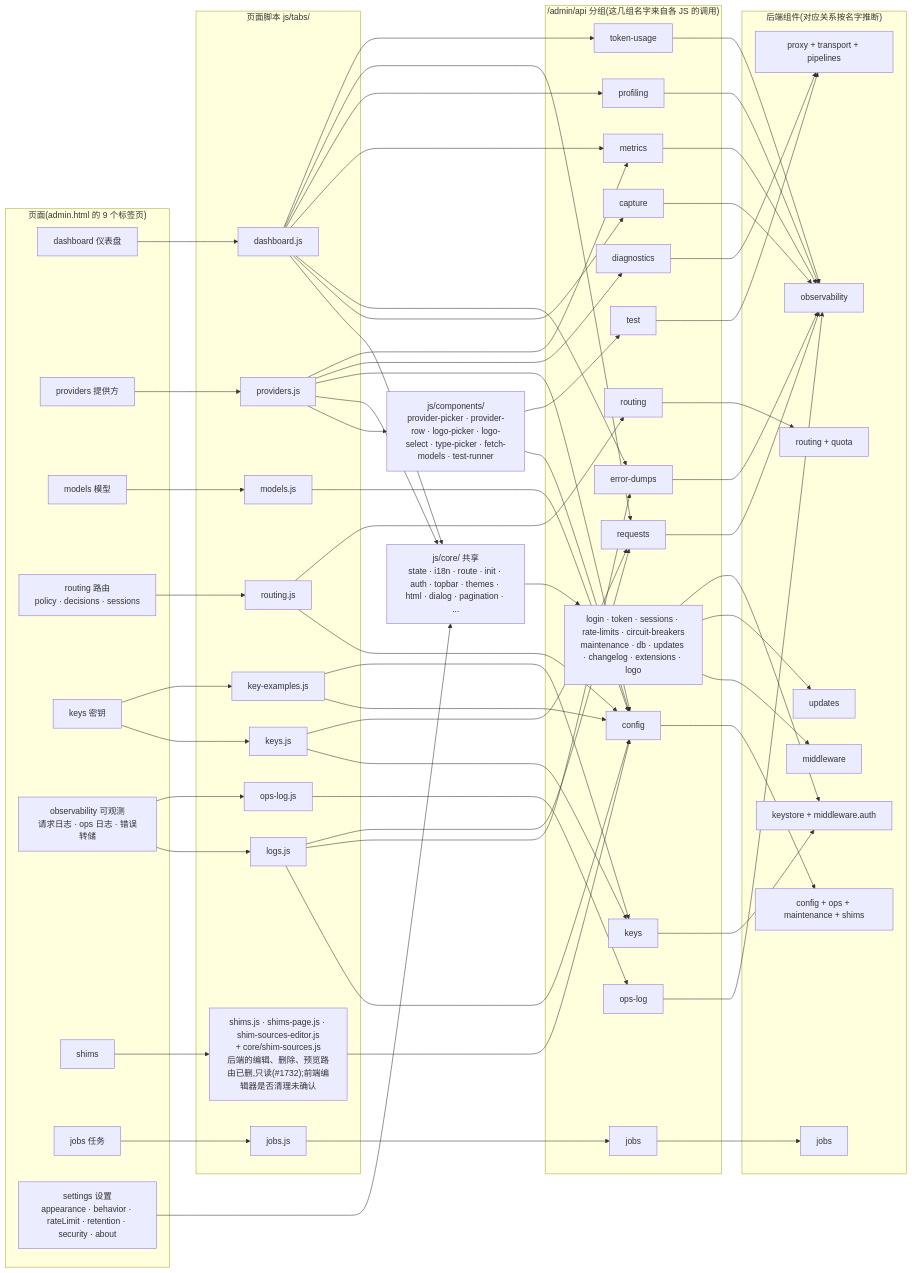
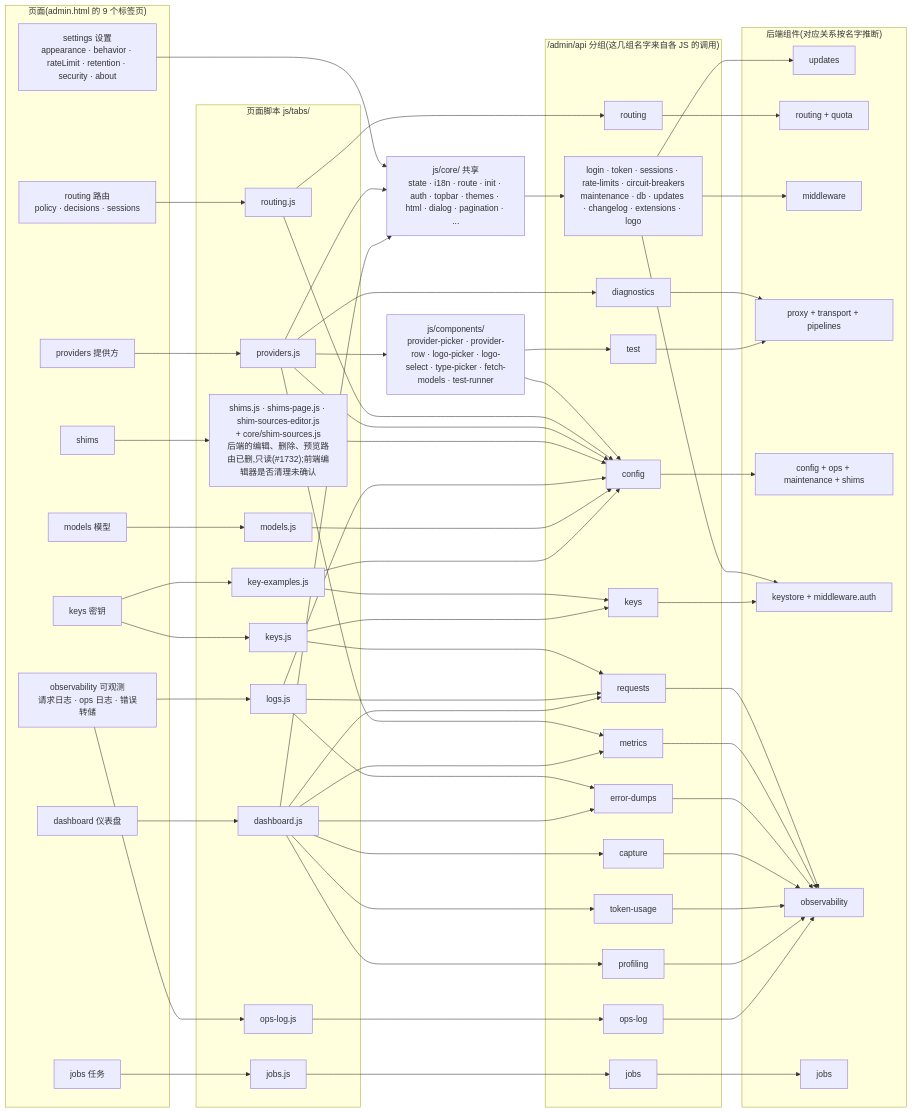
Before and after one commit to Oaklight/llm-rosetta: the diagram in admin.mmd, drawn with Mermaid. The commit also changed 4 other files, not shown here.

Commit message:
reorder node and edge declarations to cut line crossings (core 40->24, gateway 146->87, admin 85->21)

```diff
--- a/admin.mmd
+++ b/admin.mmd
@@ -1,111 +1,107 @@
 flowchart LR
-  subgraph PAGES["页面(admin.html 的 9 个标签页)"]
-    P_DASH["dashboard 仪表盘"]
-    P_PROV["providers 提供方"]
-    P_MOD["models 模型"]
-    P_ROUTE["routing 路由<br/>policy · decisions · sessions"]
-    P_KEYS["keys 密钥"]
-    P_OBS["observability 可观测<br/>请求日志 · ops 日志 · 错误转储"]
-    P_SHIM["shims"]
-    P_JOBS["jobs 任务"]
-    P_SET["settings 设置<br/>appearance · behavior · rateLimit · retention · security · about"]
-  end
-  subgraph TABJS["页面脚本 js/tabs/"]
-    T_DASH["dashboard.js"]
-    T_PROV["providers.js"]
-    T_MOD["models.js"]
-    T_ROUTE["routing.js"]
-    T_KEYS["keys.js"]
-    T_KEX["key-examples.js"]
-    T_LOGS["logs.js"]
-    T_OPS["ops-log.js"]
-    T_SHIMS["shims.js · shims-page.js · shim-sources-editor.js<br/>+ core/shim-sources.js<br/>后端的编辑、删除、预览路由已删,只读(#1732);前端编辑器是否清理未确认"]
-    T_JOBS["jobs.js"]
-  end
   COMP["js/components/<br/>provider-picker · provider-row · logo-picker · logo-select · type-picker · fetch-models · test-runner"]
-  SHARED["js/core/ 共享<br/>state · i18n · route · init · auth · topbar · themes · html · dialog · pagination · ..."]
-
   subgraph APIS["/admin/api 分组(这几组名字来自各 JS 的调用)"]
     A_CFG["config"]
+    A_JOBS["jobs"]
     A_KEYS["keys"]
+    A_CAP["capture"]
     A_REQ["requests"]
+    A_TOK["token-usage"]
     A_DUMP["error-dumps"]
+    A_TEST["test"]
+    A_DIAG["diagnostics"]
+    A_OTHER["login · token · sessions · rate-limits · circuit-breakers<br/>maintenance · db · updates · changelog · extensions · logo"]
+    A_OPS["ops-log"]
     A_MET["metrics"]
-    A_TOK["token-usage"]
-    A_CAP["capture"]
     A_PROF["profiling"]
-    A_OPS["ops-log"]
-    A_JOBS["jobs"]
     A_ROUTE["routing"]
-    A_DIAG["diagnostics"]
-    A_TEST["test"]
-    A_OTHER["login · token · sessions · rate-limits · circuit-breakers<br/>maintenance · db · updates · changelog · extensions · logo"]
+  end
+  subgraph PAGES["页面(admin.html 的 9 个标签页)"]
+    P_SET["settings 设置<br/>appearance · behavior · rateLimit · retention · security · about"]
+    P_OBS["observability 可观测<br/>请求日志 · ops 日志 · 错误转储"]
+    P_JOBS["jobs 任务"]
+    P_KEYS["keys 密钥"]
+    P_PROV["providers 提供方"]
+    P_ROUTE["routing 路由<br/>policy · decisions · sessions"]
+    P_SHIM["shims"]
+    P_DASH["dashboard 仪表盘"]
+    P_MOD["models 模型"]
   end
   subgraph BACK["后端组件(对应关系按名字推断)"]
+    B_UPD["updates"]
+    B_ROUTE["routing + quota"]
+    B_MW["middleware"]
+    B_REQ["proxy + transport + pipelines"]
     B_CFG["config + ops + maintenance + shims"]
     B_KS["keystore + middleware.auth"]
     B_OBS["observability"]
     B_JOBS["jobs"]
-    B_ROUTE["routing + quota"]
-    B_REQ["proxy + transport + pipelines"]
-    B_MW["middleware"]
-    B_UPD["updates"]
   end
-
+  subgraph TABJS["页面脚本 js/tabs/"]
+    T_DASH["dashboard.js"]
+    T_LOGS["logs.js"]
+    T_SHIMS["shims.js · shims-page.js · shim-sources-editor.js<br/>+ core/shim-sources.js<br/>后端的编辑、删除、预览路由已删,只读(#1732);前端编辑器是否清理未确认"]
+    T_OPS["ops-log.js"]
+    T_MOD["models.js"]
+    T_ROUTE["routing.js"]
+    T_KEX["key-examples.js"]
+    T_KEYS["keys.js"]
+    T_PROV["providers.js"]
+    T_JOBS["jobs.js"]
+  end
+  SHARED["js/core/ 共享<br/>state · i18n · route · init · auth · topbar · themes · html · dialog · pagination · ..."]
+  P_SET --> SHARED
+  T_KEYS --> A_REQ
+  P_MOD --> T_MOD
   P_DASH --> T_DASH
+  T_ROUTE --> A_ROUTE
+  A_REQ --> B_OBS
+  P_JOBS --> T_JOBS
+  COMP --> A_CFG
+  T_DASH --> A_PROF
+  T_ROUTE --> A_CFG
+  T_LOGS --> A_DUMP
+  A_MET --> B_OBS
+  T_PROV --> A_DIAG
+  A_CFG --> B_CFG
+  T_PROV --> A_CFG
+  A_OTHER --> B_KS
+  P_ROUTE --> T_ROUTE
+  T_LOGS --> A_REQ
+  P_SHIM --> T_SHIMS
+  T_DASH --> A_DUMP
+  A_DIAG --> B_REQ
+  T_DASH --> A_TOK
+  T_OPS --> A_OPS
+  P_KEYS --> T_KEX
+  A_DUMP --> B_OBS
+  A_ROUTE --> B_ROUTE
+  SHARED --> A_OTHER
+  A_CAP --> B_OBS
   P_PROV --> T_PROV
-  P_MOD --> T_MOD
-  P_ROUTE --> T_ROUTE
+  T_SHIMS --> A_CFG
+  T_LOGS --> A_CFG
+  T_KEX --> A_KEYS
+  A_OTHER --> B_UPD
+  T_KEYS --> A_KEYS
+  A_KEYS --> B_KS
+  T_MOD --> A_CFG
+  T_KEX --> A_CFG
+  P_OBS --> T_OPS
+  T_DASH --> A_CAP
+  P_OBS --> T_LOGS
+  T_JOBS --> A_JOBS
+  A_JOBS --> B_JOBS
+  T_PROV --> SHARED
+  T_PROV --> A_MET
   P_KEYS --> T_KEYS
-  P_KEYS --> T_KEX
-  P_OBS --> T_LOGS
-  P_OBS --> T_OPS
-  P_SHIM --> T_SHIMS
-  P_JOBS --> T_JOBS
-  P_SET --> SHARED
+  A_TOK --> B_OBS
+  T_DASH --> SHARED
+  COMP --> A_TEST
+  A_OTHER --> B_MW
+  A_PROF --> B_OBS
+  A_TEST --> B_REQ
   T_PROV --> COMP
-  T_DASH --> SHARED
-  T_PROV --> SHARED
-
-  T_DASH --> A_CAP
-  T_DASH --> A_DUMP
   T_DASH --> A_MET
-  T_DASH --> A_PROF
+  A_OPS --> B_OBS
   T_DASH --> A_REQ
-  T_DASH --> A_TOK
-  T_PROV --> A_CFG
-  T_PROV --> A_DIAG
-  T_PROV --> A_MET
-  COMP --> A_CFG
-  COMP --> A_TEST
-  T_MOD --> A_CFG
-  T_ROUTE --> A_CFG
-  T_ROUTE --> A_ROUTE
-  T_KEYS --> A_KEYS
-  T_KEYS --> A_REQ
-  T_KEX --> A_CFG
-  T_KEX --> A_KEYS
-  T_LOGS --> A_CFG
-  T_LOGS --> A_DUMP
-  T_LOGS --> A_REQ
-  T_OPS --> A_OPS
-  T_SHIMS --> A_CFG
-  T_JOBS --> A_JOBS
-  SHARED --> A_OTHER
-
-  A_CFG --> B_CFG
-  A_KEYS --> B_KS
-  A_REQ --> B_OBS
-  A_DUMP --> B_OBS
-  A_MET --> B_OBS
-  A_TOK --> B_OBS
-  A_CAP --> B_OBS
-  A_PROF --> B_OBS
-  A_OPS --> B_OBS
-  A_JOBS --> B_JOBS
-  A_ROUTE --> B_ROUTE
-  A_DIAG --> B_REQ
-  A_TEST --> B_REQ
-  A_OTHER --> B_MW
-  A_OTHER --> B_UPD
-  A_OTHER --> B_KS
```
